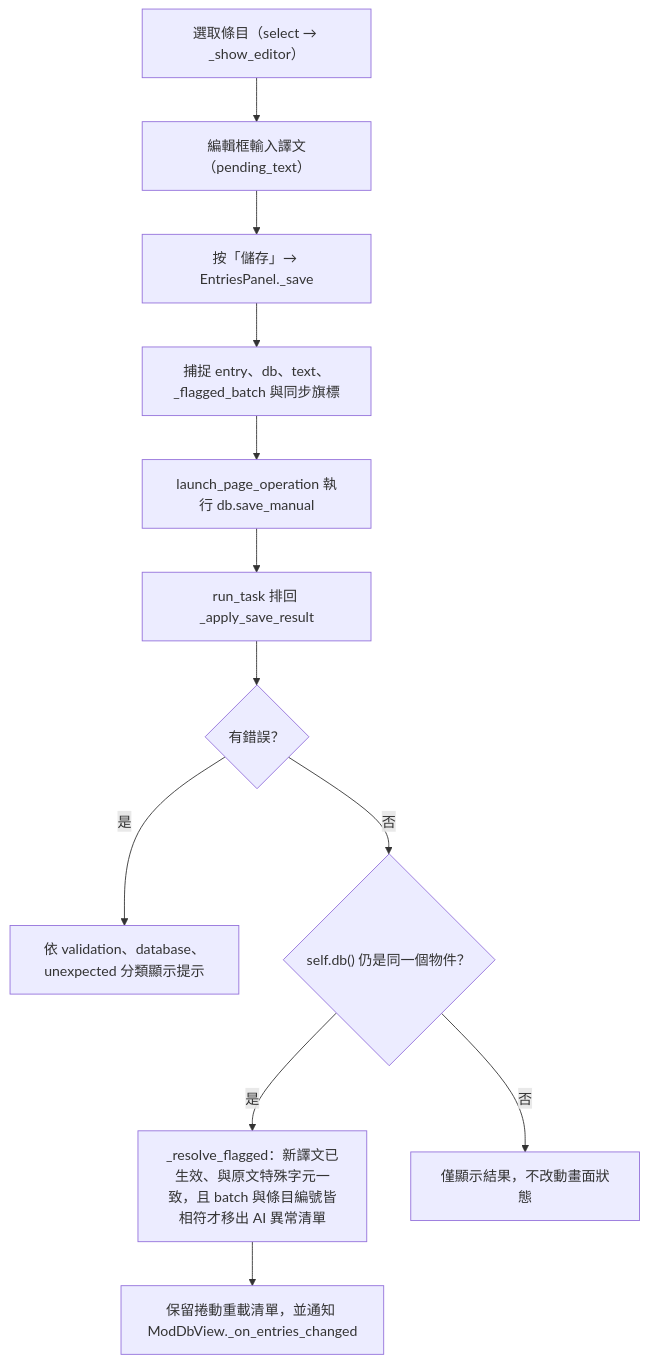
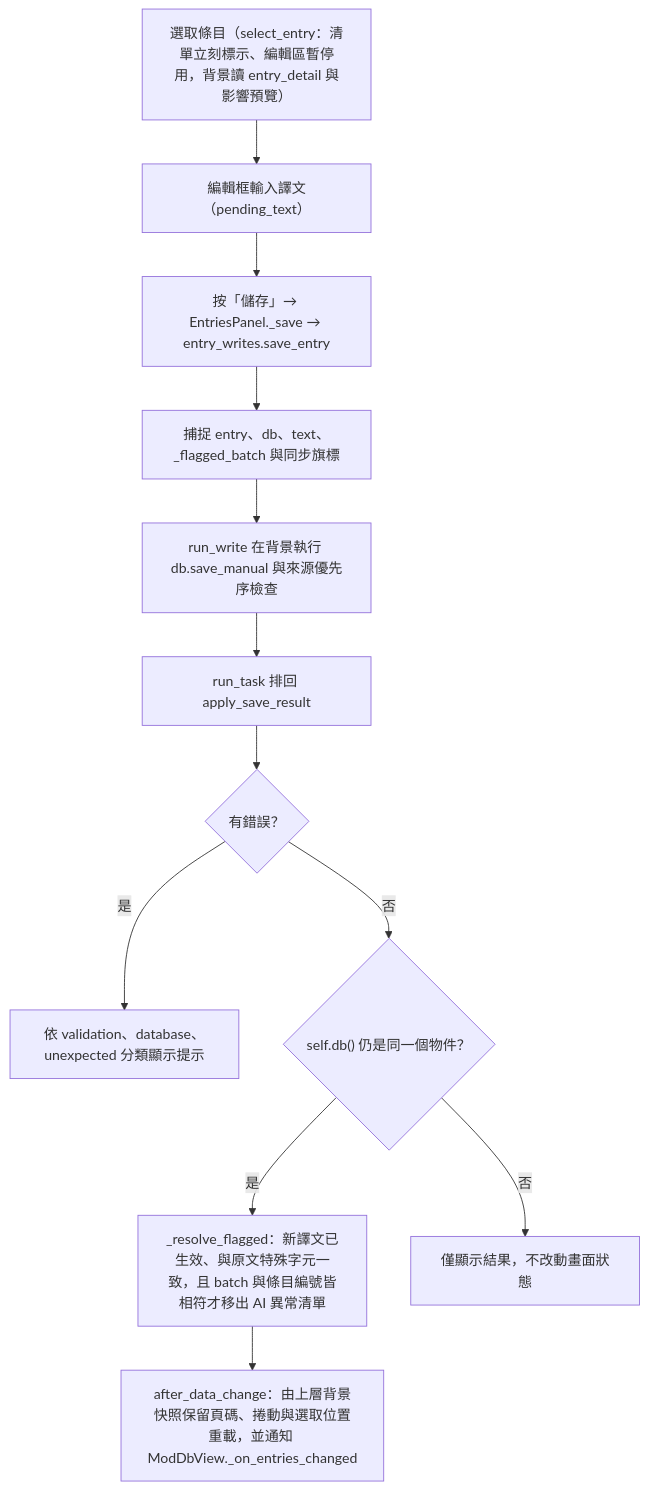
The third of 8 diagrams in docs/page_flows/moddb.md (jlin53882/Minecraft-translate), drawn with Mermaid before and after one commit. The commit also changed other lines of this file and 28 other files, not shown here.

````diff
--- a/docs/page_flows/moddb.md
+++ b/docs/page_flows/moddb.md
@@ -71,14 +71,14 @@
 ```mermaid
 flowchart TD
-    A["選取條目（select → _show_editor）"] --> B["編輯框輸入譯文（pending_text）"]
-    B --> C["按「儲存」→ EntriesPanel._save"]
+    A["選取條目（select_entry：清單立刻標示、編輯區暫停用，背景讀 entry_detail 與影響預覽）"] --> B["編輯框輸入譯文（pending_text）"]
+    B --> C["按「儲存」→ EntriesPanel._save → entry_writes.save_entry"]
     C --> D["捕捉 entry、db、text、_flagged_batch 與同步旗標"]
-    D --> E["launch_page_operation 執行 db.save_manual"]
-    E --> F["run_task 排回 _apply_save_result"]
+    D --> E["run_write 在背景執行 db.save_manual 與來源優先序檢查"]
+    E --> F["run_task 排回 apply_save_result"]
     F --> G{"有錯誤？"}
     G -- 是 --> H["依 validation、database、unexpected 分類顯示提示"]
     G -- 否 --> I{"self.db() 仍是同一個物件？"}
     I -- 是 --> J["_resolve_flagged：新譯文已生效、與原文特殊字元一致，且 batch 與條目編號皆相符才移出 AI 異常清單"]
-    J --> K["保留捲動重載清單，並通知 ModDbView._on_entries_changed"]
+    J --> K["after_data_change：由上層背景快照保留頁碼、捲動與選取位置重載，並通知 ModDbView._on_entries_changed"]
     I -- 否 --> L["僅顯示結果，不改動畫面狀態"]
 ```
````
